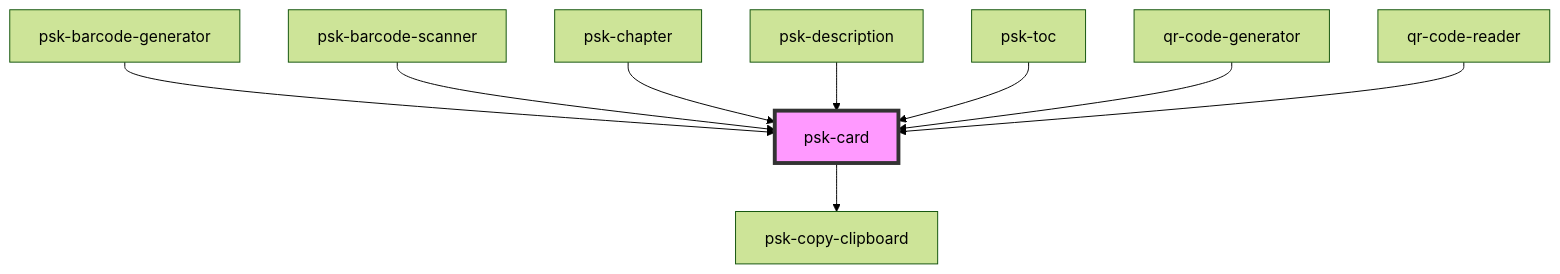
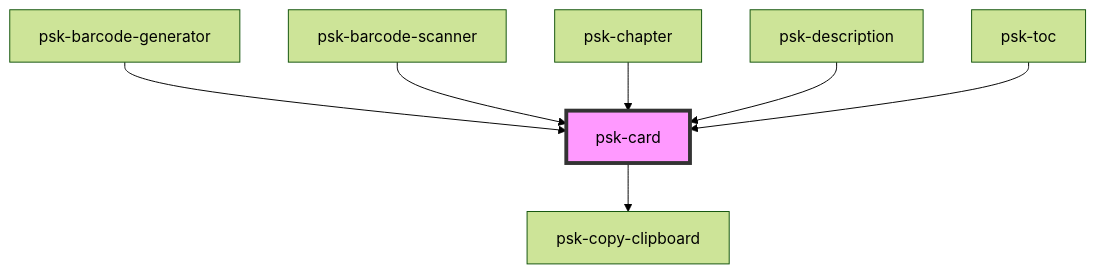
One commit to daniel-visoiu/cardinal changed the diagram in src/components/psk-card/readme.md. Above: the diagram before and after it, drawn with Mermaid (forest theme). The commit also changed other lines of this file and 7 other files, not shown here.

````diff
--- a/src/components/psk-card/readme.md
+++ b/src/components/psk-card/readme.md
@@ -33,12 +31,10 @@
 ```mermaid
 graph TD;
   psk-card --> psk-copy-clipboard
   psk-barcode-generator --> psk-card
   psk-barcode-scanner --> psk-card
   psk-chapter --> psk-card
   psk-description --> psk-card
   psk-toc --> psk-card
-  qr-code-generator --> psk-card
-  qr-code-reader --> psk-card
   style psk-card fill:#f9f,stroke:#333,stroke-width:4px
 ```
````
